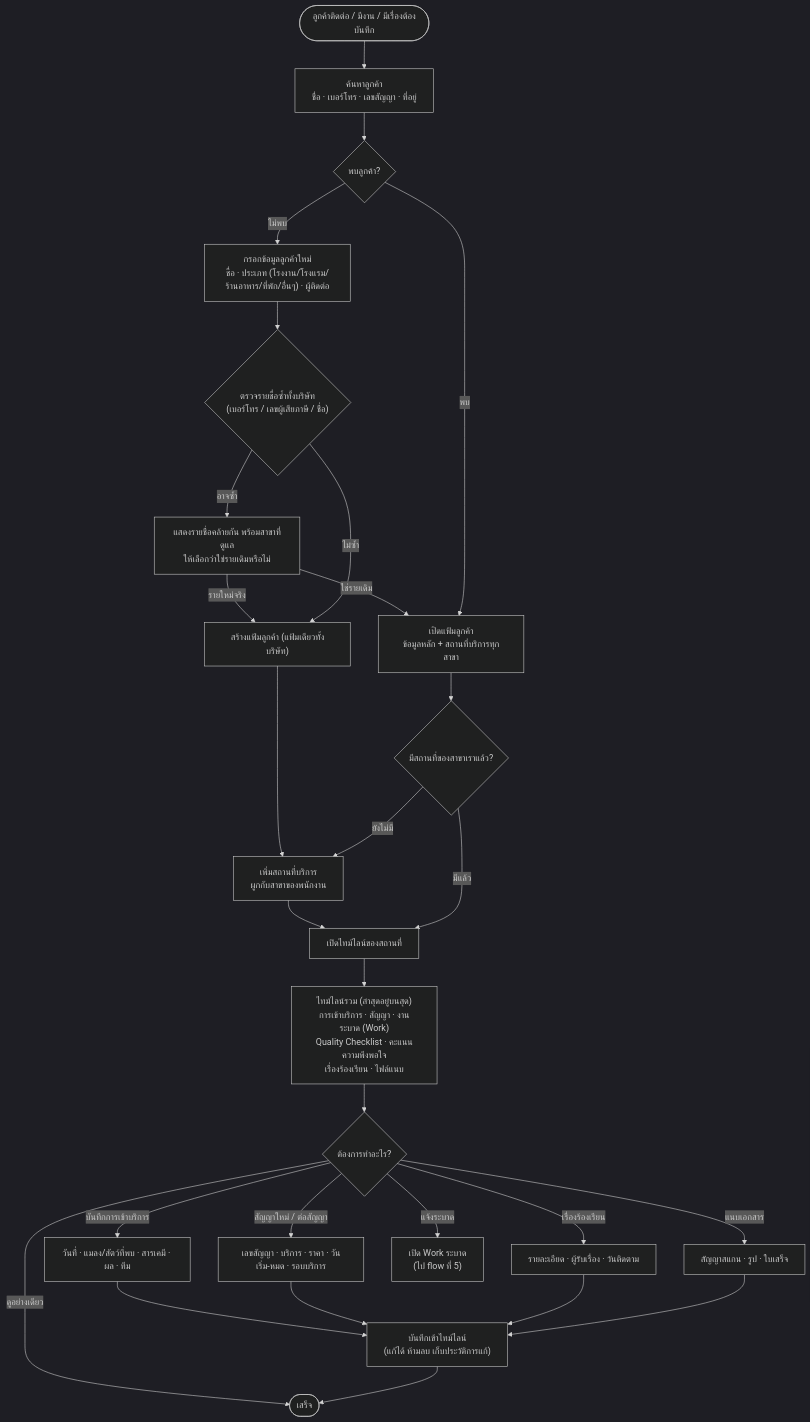
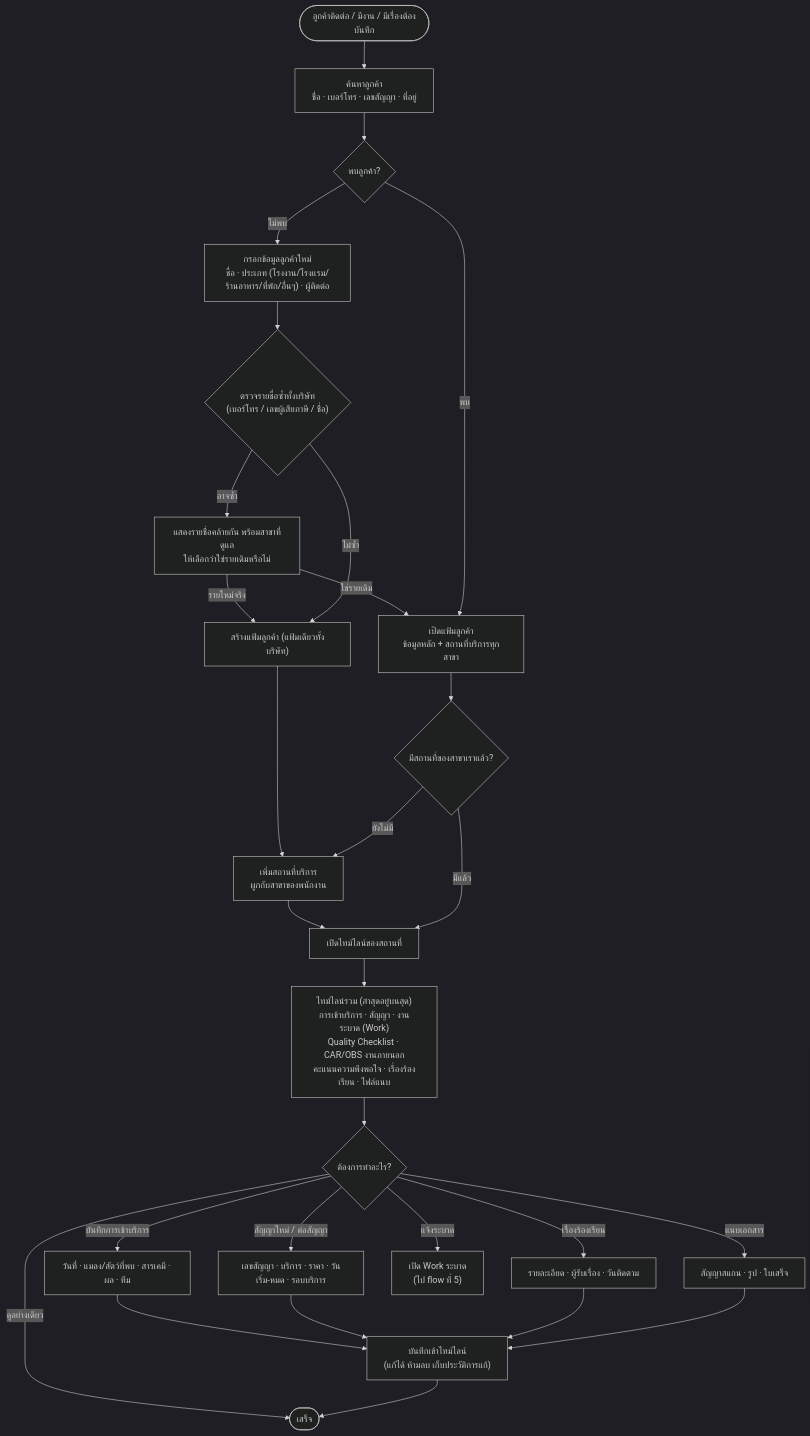
The third of 12 diagrams in docs/research/2026-11-07-advance-group-asia-workflow-diagrams.md (warayuthsema-alt/my-house-sh2401), drawn with Mermaid (dark theme) before and after one commit. The commit also changed other lines of this file and 1 other file, not shown here.

First line of the commit message:
Workflow diagrams v6: CAR/OBS covers external and internal issues

````diff
--- a/docs/research/2026-11-07-advance-group-asia-workflow-diagrams.md
+++ b/docs/research/2026-11-07-advance-group-asia-workflow-diagrams.md
@@ -77,30 +77,30 @@
 ```mermaid
 flowchart TD
     A(["ลูกค้าติดต่อ / มีงาน / มีเรื่องต้องบันทึก"]) --> B["ค้นหาลูกค้า<br/>ชื่อ · เบอร์โทร · เลขสัญญา · ที่อยู่"]
     B --> C{"พบลูกค้า?"}
 
     C -- "ไม่พบ" --> D["กรอกข้อมูลลูกค้าใหม่<br/>ชื่อ · ประเภท (โรงงาน/โรงแรม/ร้านอาหาร/ที่พัก/อื่นๆ) · ผู้ติดต่อ"]
     D --> E{"ตรวจรายชื่อซ้ำทั้งบริษัท<br/>(เบอร์โทร / เลขผู้เสียภาษี / ชื่อ)"}
     E -- "อาจซ้ำ" --> F["แสดงรายชื่อคล้ายกัน พร้อมสาขาที่ดูแล<br/>ให้เลือกว่าใช่รายเดิมหรือไม่"]
     F -- "ใช่รายเดิม" --> G
     F -- "รายใหม่จริง" --> H["สร้างแฟ้มลูกค้า (แฟ้มเดียวทั้งบริษัท)"]
     E -- "ไม่ซ้ำ" --> H
     H --> S1
 
     C -- "พบ" --> G["เปิดแฟ้มลูกค้า<br/>ข้อมูลหลัก + สถานที่บริการทุกสาขา"]
     G --> S{"มีสถานที่ของสาขาเราแล้ว?"}
     S -- "ยังไม่มี" --> S1["เพิ่มสถานที่บริการ<br/>ผูกกับสาขาของพนักงาน"] --> P
     S -- "มีแล้ว" --> P["เปิดไทม์ไลน์ของสถานที่"]
 
-    P --> T["ไทม์ไลน์รวม (ล่าสุดอยู่บนสุด)<br/>การเข้าบริการ · สัญญา · งานระบาด (Work)<br/>Quality Checklist · คะแนนความพึงพอใจ<br/>เรื่องร้องเรียน · ไฟล์แนบ"]
+    P --> T["ไทม์ไลน์รวม (ล่าสุดอยู่บนสุด)<br/>การเข้าบริการ · สัญญา · งานระบาด (Work)<br/>Quality Checklist · CAR/OBS งานภายนอก<br/>คะแนนความพึงพอใจ · เรื่องร้องเรียน · ไฟล์แนบ"]
     T --> I{"ต้องการทำอะไร?"}
     I -- "บันทึกการเข้าบริการ" --> J["วันที่ · แมลง/สัตว์ที่พบ · สารเคมี · ผล · ทีม"]
     I -- "สัญญาใหม่ / ต่อสัญญา" --> K["เลขสัญญา · บริการ · ราคา · วันเริ่ม-หมด · รอบบริการ"]
     I -- "เรื่องร้องเรียน" --> L["รายละเอียด · ผู้รับเรื่อง · วันติดตาม"]
     I -- "แจ้งระบาด" --> W["เปิด Work ระบาด<br/>(ไป flow ที่ 5)"]
     I -- "แนบเอกสาร" --> M["สัญญาสแกน · รูป · ใบเสร็จ"]
     I -- "ดูอย่างเดียว" --> Z
 
     J & K & L & M --> N["บันทึกเข้าไทม์ไลน์<br/>(แก้ได้ ห้ามลบ เก็บประวัติการแก้)"]
     N --> Z(["เสร็จ"])
 ```
````
